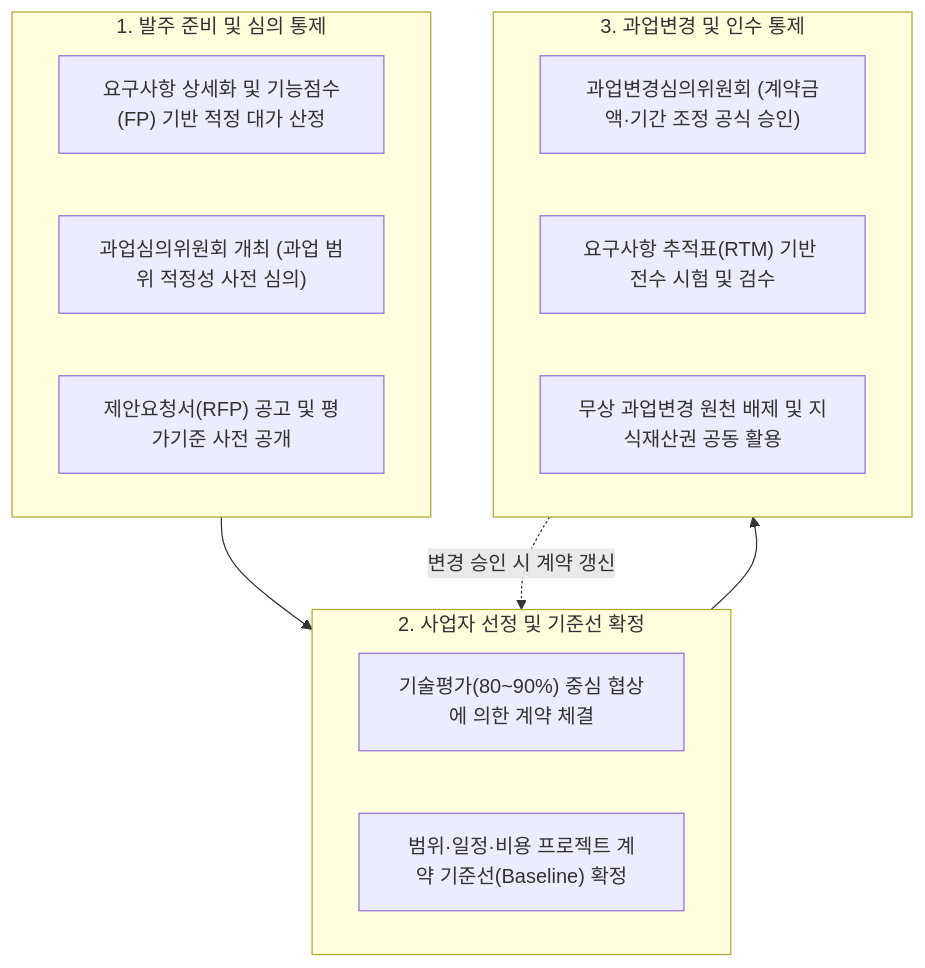
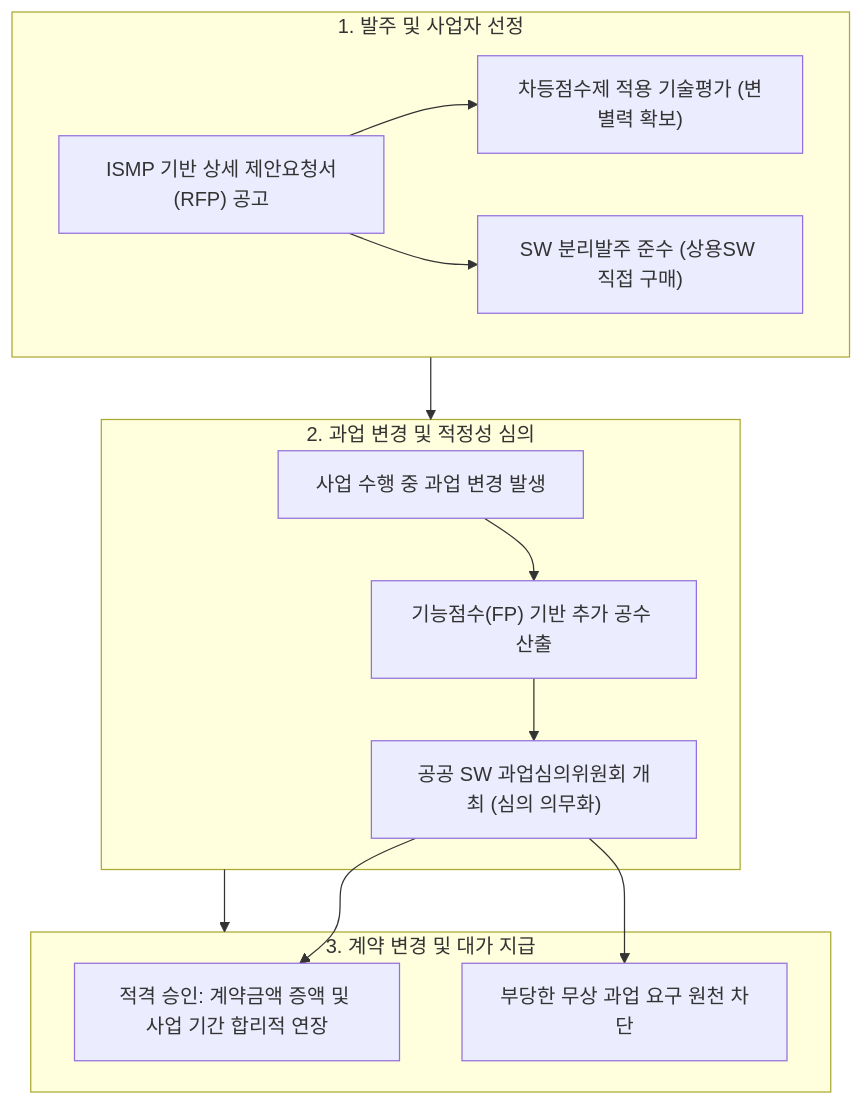
Before and after one commit to agnusdei1207/study: the third of 4 diagrams in src/content/docs/notes/itpe/01-it-strategy/039_public_sw_contract.md, drawn with Mermaid. The commit also changed other lines of this file and 80 other files, not shown here.

````diff
--- a/src/content/docs/notes/itpe/01-it-strategy/039_public_sw_contract.md
+++ b/src/content/docs/notes/itpe/01-it-strategy/039_public_sw_contract.md
@@ -118,21 +121,23 @@
 ```mermaid
 flowchart TD
-    subgraph PreProcure["1. 발주 준비 및 심의 통제"]
-        P1["요구사항 상세화 및 기능점수(FP) 기반 적정 대가 산정"]
-        P2["과업심의위원회 개최 (과업 범위 적정성 사전 심의)"]
-        P3["제안요청서(RFP) 공고 및 평가기준 사전 공개"]
+    subgraph Procurement["1. 발주 및 사업자 선정"]
+        P1["ISMP 기반 상세 제안요청서(RFP) 공고"]
+        P2["차등점수제 적용 기술평가 (변별력 확보)"]
+        P3["SW 분리발주 준수 (상용SW 직접 구매)"]
+        P1 --> P2 & P3
     end
-    subgraph Selection["2. 사업자 선정 및 기준선 확정"]
-        S1["기술평가(80~90%) 중심 협상에 의한 계약 체결"]
-        S2["범위·일정·비용 프로젝트 계약 기준선(Baseline) 확정"]
+    subgraph ChangeControl["2. 과업 변경 및 적정성 심의"]
+        C1["사업 수행 중 과업 변경 발생"]
+        C2["기능점수(FP) 기반 추가 공수 산출"]
+        C3["공공 SW 과업심의위원회 개최 (심의 의무화)"]
+        C1 --> C2 --> C3
     end
-    subgraph ChangeInspect["3. 과업변경 및 인수 통제"]
-        C1["과업변경심의위원회 (계약금액·기간 조정 공식 승인)"]
-        C2["요구사항 추적표(RTM) 기반 전수 시험 및 검수"]
-        C3["무상 과업변경 원천 배제 및 지식재산권 공동 활용"]
+    subgraph Adjustment["3. 계약 변경 및 대가 지급"]
+        A1["적격 승인: 계약금액 증액 및 사업 기간 합리적 연장"]
+        A2["부당한 무상 과업 요구 원천 차단"]
+        C3 --> A1 & A2
     end
 
-    PreProcure --> Selection
-    Selection --> ChangeInspect
-    ChangeInspect -.->|변경 승인 시 계약 갱신| Selection
+    Procurement --> ChangeControl
+    ChangeControl --> Adjustment
 ```
````
